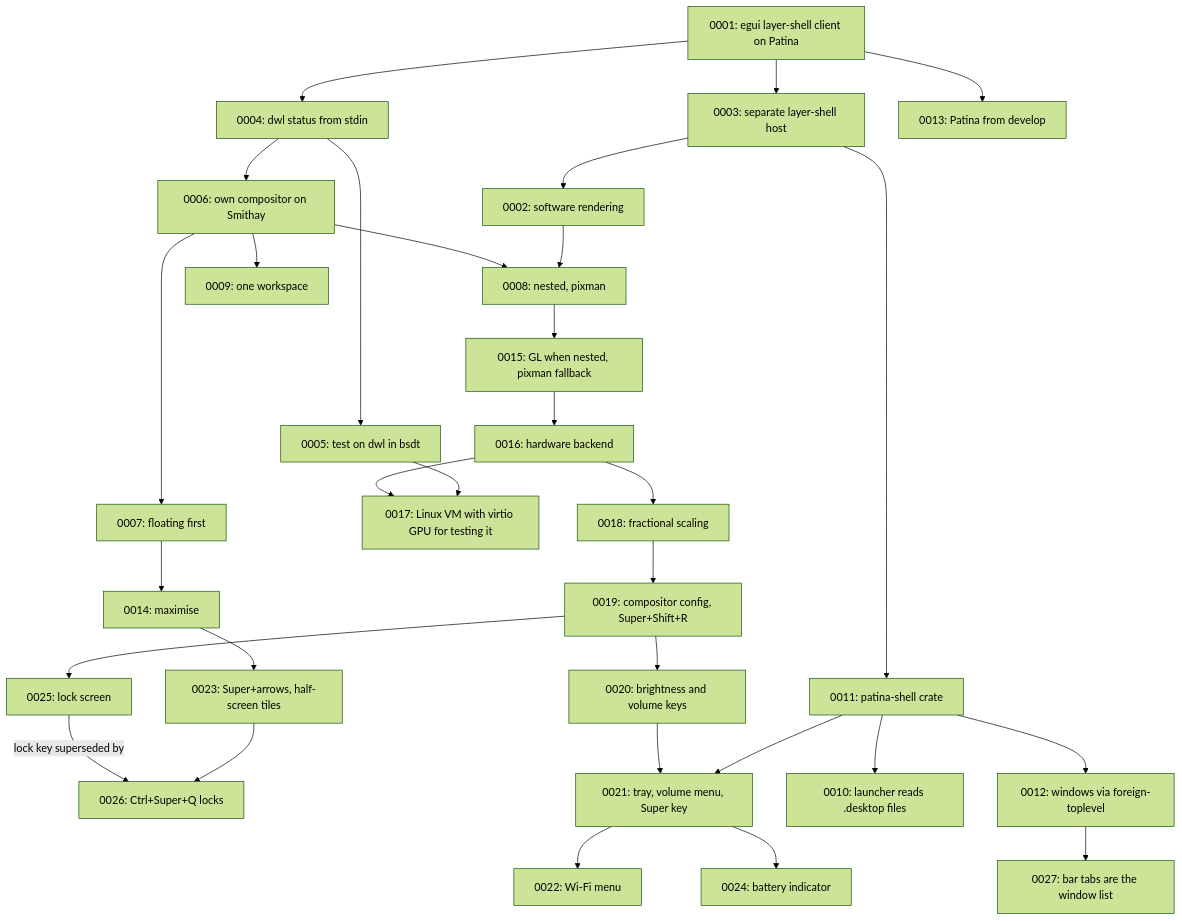
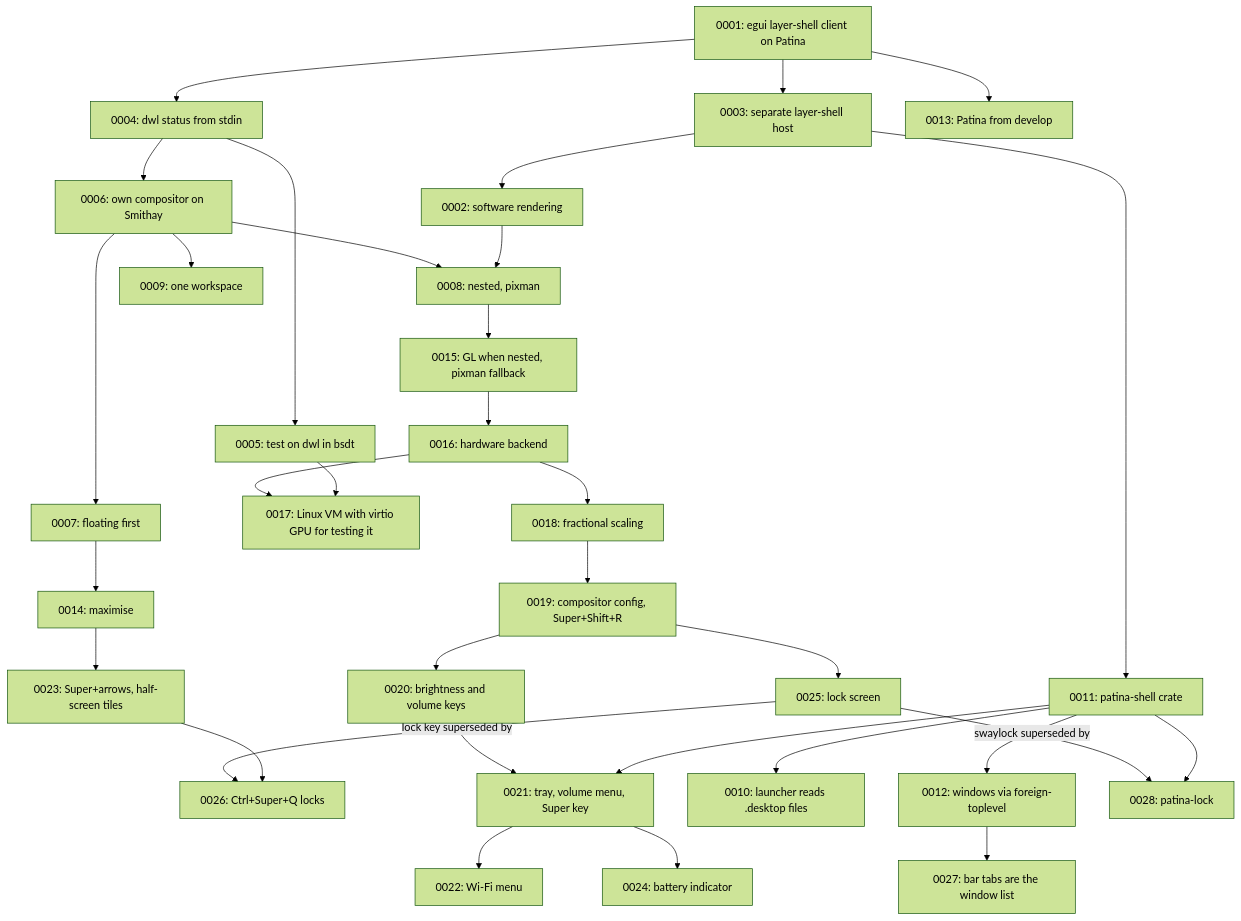
Before and after one commit to Sector-F-Labs/patina-desktop: the diagram in docs/adr/README.md, drawn with Mermaid (forest theme). The commit also changed other lines of this file and 20 other files, not shown here.

First line of the commit message:
Patina's own lock screen, patina-lock, replaces swaylock as the default

````diff
--- a/docs/adr/README.md
+++ b/docs/adr/README.md
@@ -75,33 +76,35 @@
 ```mermaid
 flowchart TD
     A[0001: egui layer-shell client on Patina] --> B[0003: separate layer-shell host]
     B --> C[0002: software rendering]
     A --> D[0004: dwl status from stdin]
     D --> E[0005: test on dwl in bsdt]
     D --> F[0006: own compositor on Smithay]
     F --> G[0007: floating first]
     G --> N[0014: maximise]
     N --> W[0023: Super+arrows, half-screen tiles]
     F --> H[0008: nested, pixman]
     H --> O[0015: GL when nested, pixman fallback]
     O --> P[0016: hardware backend]
     P --> Q[0017: Linux VM with virtio GPU for testing it]
     P --> R[0018: fractional scaling]
     R --> S[0019: compositor config, Super+Shift+R]
     S --> T[0020: brightness and volume keys]
     S --> Y[0025: lock screen]
     Y -->|lock key superseded by| Z[0026: Ctrl+Super+Q locks]
     W --> Z
     T --> U[0021: tray, volume menu, Super key]
     U --> V[0022: Wi-Fi menu]
     U --> X[0024: battery indicator]
     K --> U
     E --> Q
     C --> H
     F --> I[0009: one workspace]
     B --> K[0011: patina-shell crate]
     K --> J[0010: launcher reads .desktop files]
     K --> L[0012: windows via foreign-toplevel]
     L --> AA[0027: bar tabs are the window list]
+    Y -->|swaylock superseded by| AB[0028: patina-lock]
+    K --> AB
     A --> M[0013: Patina from develop]
 ```
````
